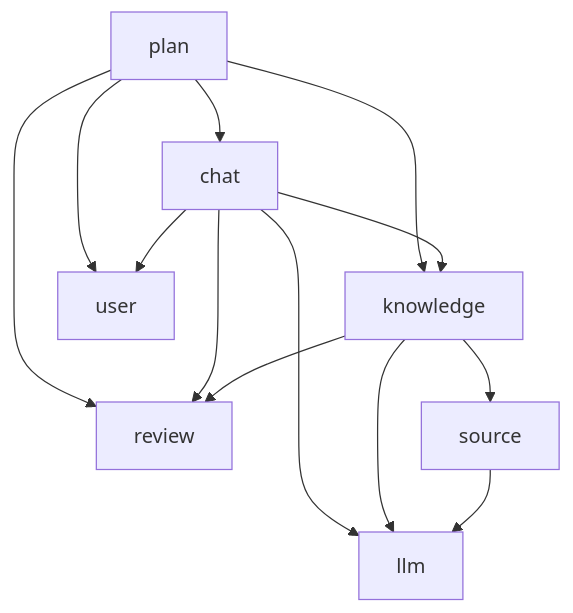
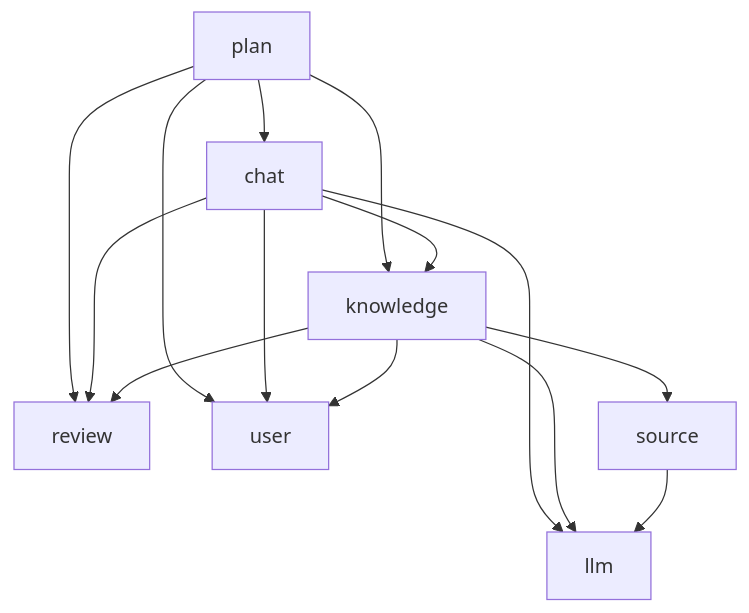
Before and after one commit to lemon111345/wengu-learn: the second of 2 diagrams in docs/tech-design.md, drawn with Mermaid. The commit also changed other lines of this file and 2 other files, not shown here.

Commit message:
docs: 决策 030 知识库列表与详情（掌握程度的判断顺序、排序时待学暂停只收录在最后、只有学过的有下次复习、不分页、详情的 AI 原文对比和合并来的学习记录）；决策 002 增加依赖 knowledge → user；技术方案补掌握程度一节和两个接口，前端需求中移走已实现的两行（#50）

````diff
--- a/docs/tech-design.md
+++ b/docs/tech-design.md
@@ -68,15 +68,16 @@
 ```mermaid
 flowchart TB
     plan --> knowledge
     plan --> review
     plan --> user
     plan --> chat
     chat --> knowledge
     chat --> llm
     chat --> review
     chat --> user
     knowledge --> source
     knowledge --> llm
     knowledge --> review
+    knowledge --> user
     source --> llm
 ```
````
